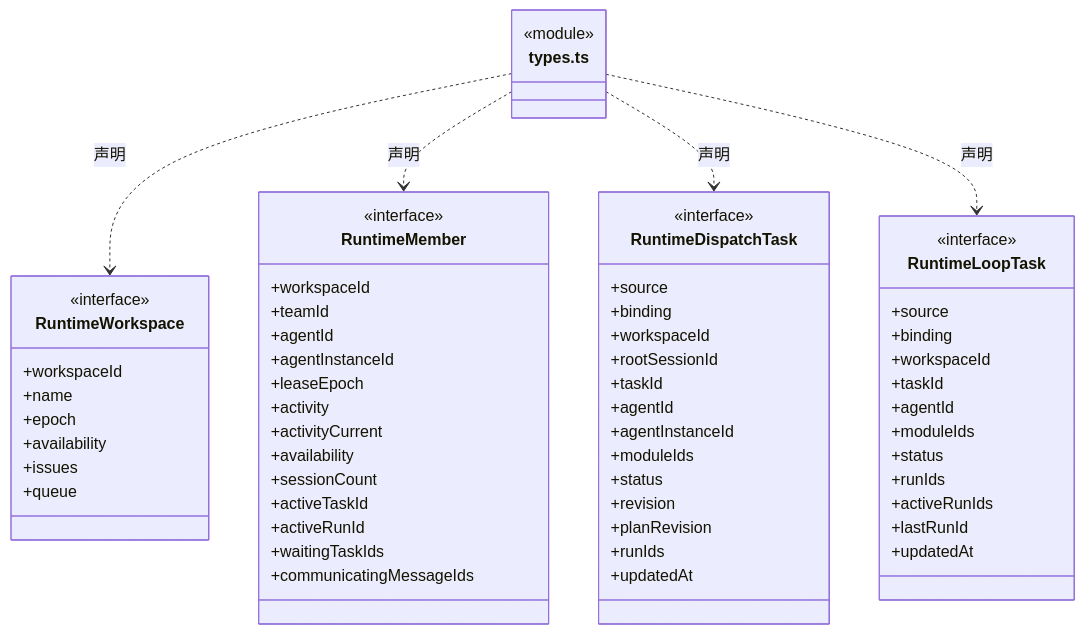
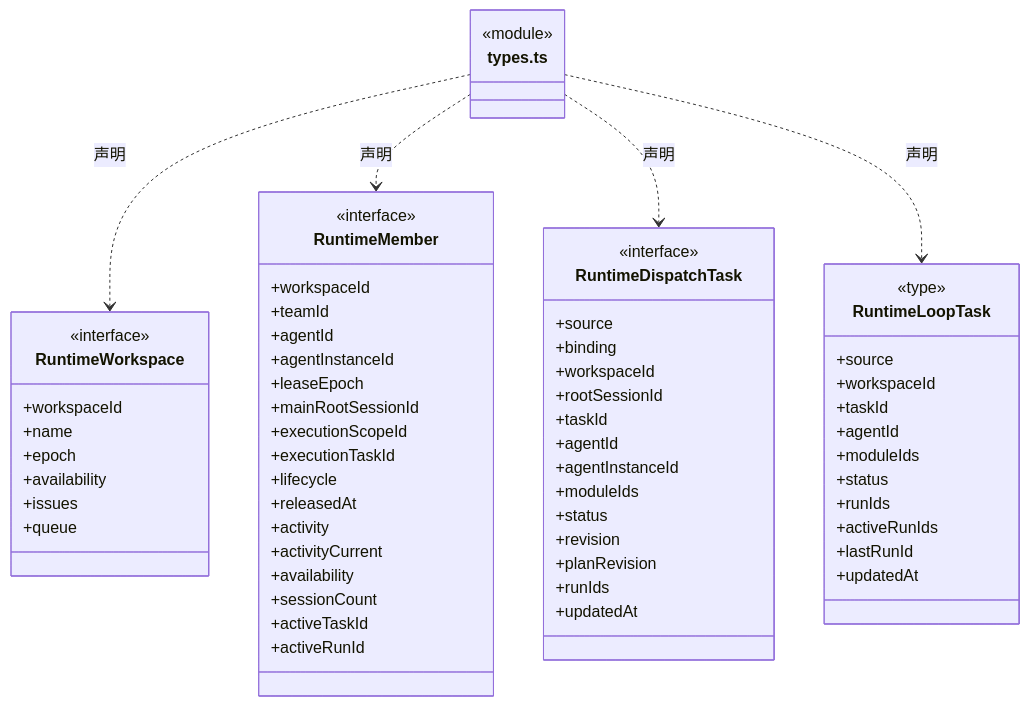
One commit to nan023062/cbim changed the second of 5 diagrams in src/backend/core/runtime/ARCHITECTURE.md. Above: the diagram before and after it, drawn with Mermaid. The commit also changed other lines of this file and 240 other files, not shown here.

````diff
--- a/src/backend/core/runtime/ARCHITECTURE.md
+++ b/src/backend/core/runtime/ARCHITECTURE.md
@@ -50,65 +52,67 @@
 ```mermaid
 classDiagram
 class N_src_backend_core_runtime_types_ts["types.ts"] {
   <<module>>
 }
 class N_src_backend_core_runtime_types_ts_RuntimeWorkspace["RuntimeWorkspace"] {
   <<interface>>
   +workspaceId
   +name
   +epoch
   +availability
   +issues
   +queue
 }
 N_src_backend_core_runtime_types_ts ..> N_src_backend_core_runtime_types_ts_RuntimeWorkspace : 声明
 class N_src_backend_core_runtime_types_ts_RuntimeMember["RuntimeMember"] {
   <<interface>>
   +workspaceId
   +teamId
   +agentId
   +agentInstanceId
   +leaseEpoch
+  +mainRootSessionId
+  +executionScopeId
+  +executionTaskId
+  +lifecycle
+  +releasedAt
   +activity
   +activityCurrent
   +availability
   +sessionCount
   +activeTaskId
   +activeRunId
-  +waitingTaskIds
-  +communicatingMessageIds
 }
 N_src_backend_core_runtime_types_ts ..> N_src_backend_core_runtime_types_ts_RuntimeMember : 声明
 class N_src_backend_core_runtime_types_ts_RuntimeDispatchTask["RuntimeDispatchTask"] {
   <<interface>>
   +source
   +binding
   +workspaceId
   +rootSessionId
   +taskId
   +agentId
   +agentInstanceId
   +moduleIds
   +status
   +revision
   +planRevision
   +runIds
   +updatedAt
 }
 N_src_backend_core_runtime_types_ts ..> N_src_backend_core_runtime_types_ts_RuntimeDispatchTask : 声明
 class N_src_backend_core_runtime_types_ts_RuntimeLoopTask["RuntimeLoopTask"] {
-  <<interface>>
+  <<type>>
   +source
-  +binding
   +workspaceId
   +taskId
   +agentId
   +moduleIds
   +status
   +runIds
   +activeRunIds
   +lastRunId
   +updatedAt
 }
 N_src_backend_core_runtime_types_ts ..> N_src_backend_core_runtime_types_ts_RuntimeLoopTask : 声明
 ```
````
